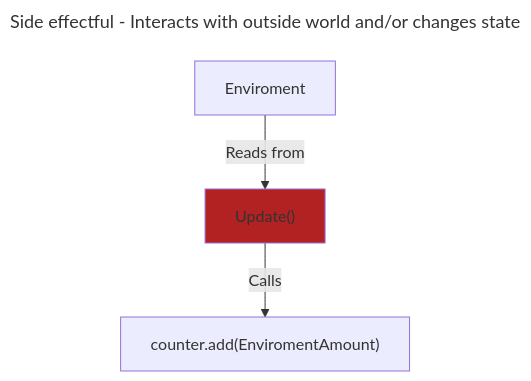
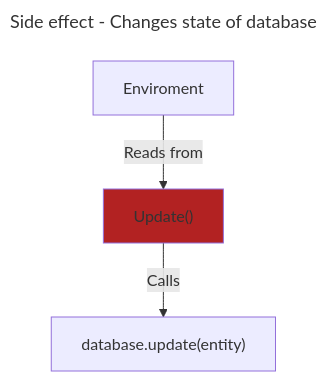
The fifth of 10 diagrams in structure.md (grierson/grierson), drawn with Mermaid before and after one commit. The commit also changed other lines of this file, not shown here.

````diff
--- a/structure.md
+++ b/structure.md
@@ -80,9 +85,9 @@
 ```mermaid
 ---
-title: Side effectful - Interacts with outside world and/or changes state
+title: Side effect - Changes state of database
 ---
 flowchart TD
   style Impure fill:FireBrick
   Enviroment -- Reads from --> Impure
-  Impure["Update()"] -- Calls --> Email["counter.add(EnviromentAmount)"]
+  Impure["Update()"] -- Calls --> Database["database.update(entity)"]
 ```
````
